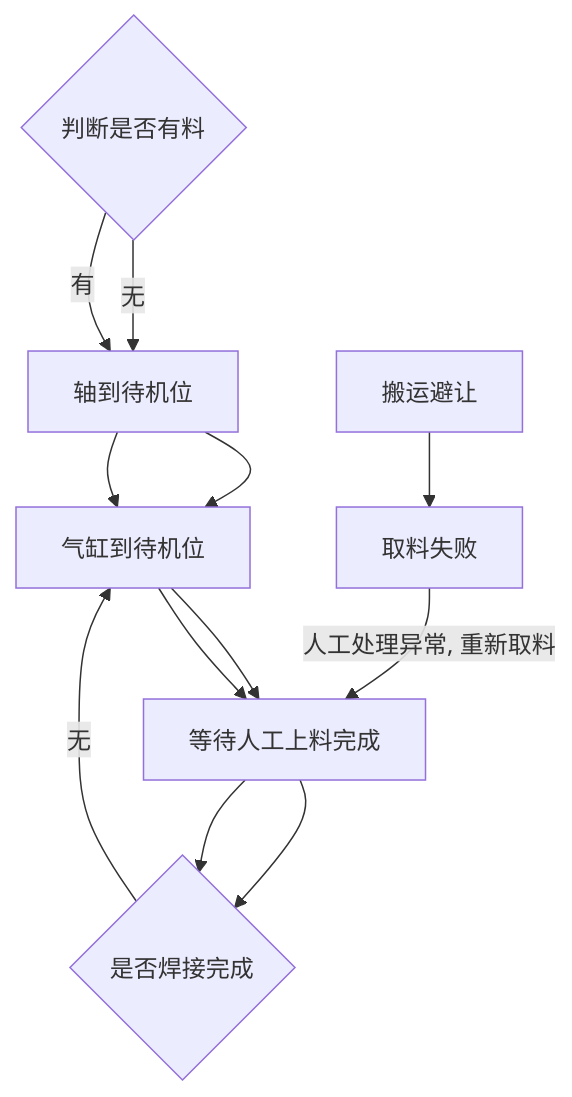
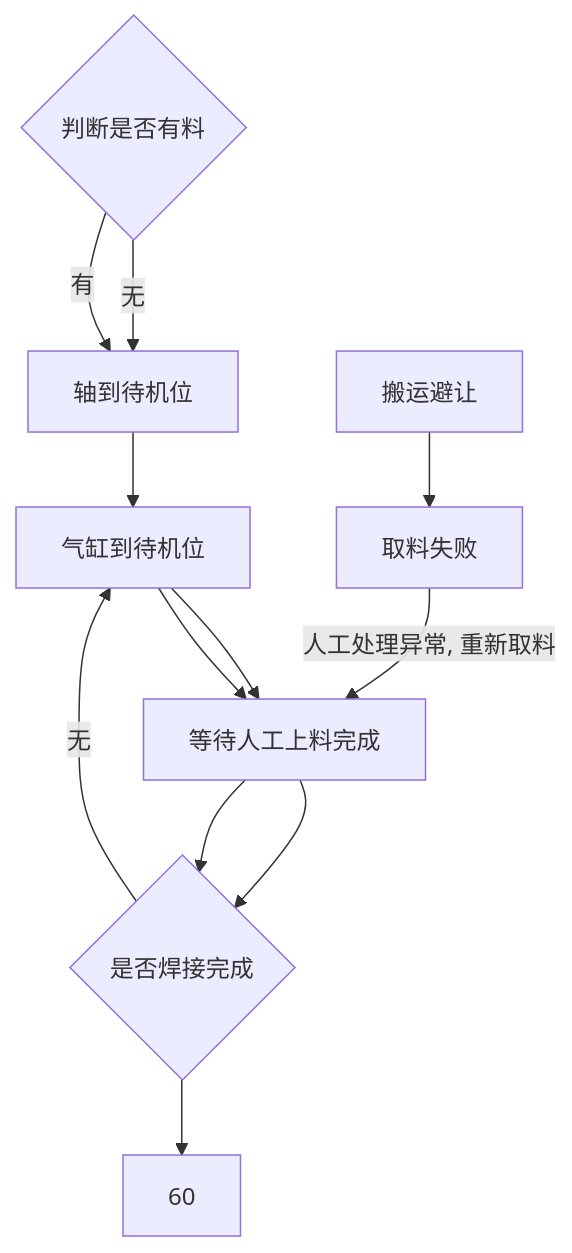
The diagram in all/OP10 上料工位自动流程.md (PengKun1/iodraw-files), drawn with Mermaid before and after one commit.

Commit message:
2024-08-02 10:59:30 update

````diff
--- a/all/OP10 上料工位自动流程.md
+++ b/all/OP10 上料工位自动流程.md
@@ -1,18 +1,18 @@
 ```mermaid
 graph TD
 10{判断是否有料}-->|无|20
 10-->|有|20
 20[轴到待机位]-->30
 30[气缸到待机位]-->40
 40[等待人工上料完成]-->50
-20[轴到待机位]-->30
+50[轴到待机位]-->60
 30[气缸到待机位]-->40
 40[等待人工上料完成]-->50
 50{是否焊接完成}-->|无|30
 
 
 
 90[搬运避让]-->900
 
 900[取料失败]-->|人工处理异常, 重新取料|40
 ```
````
